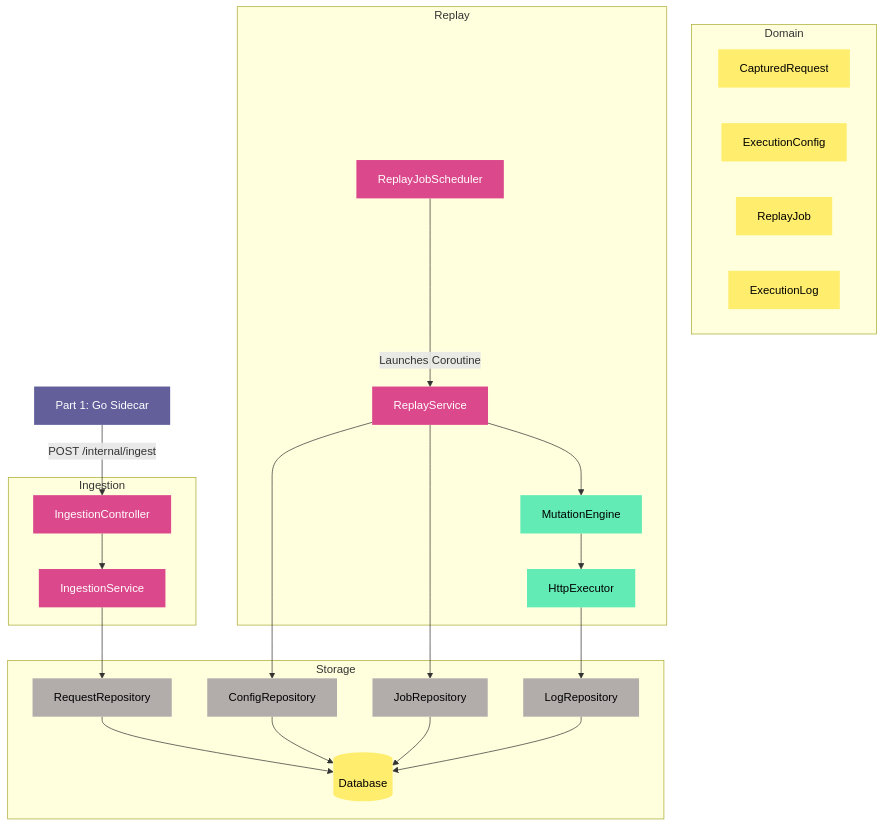
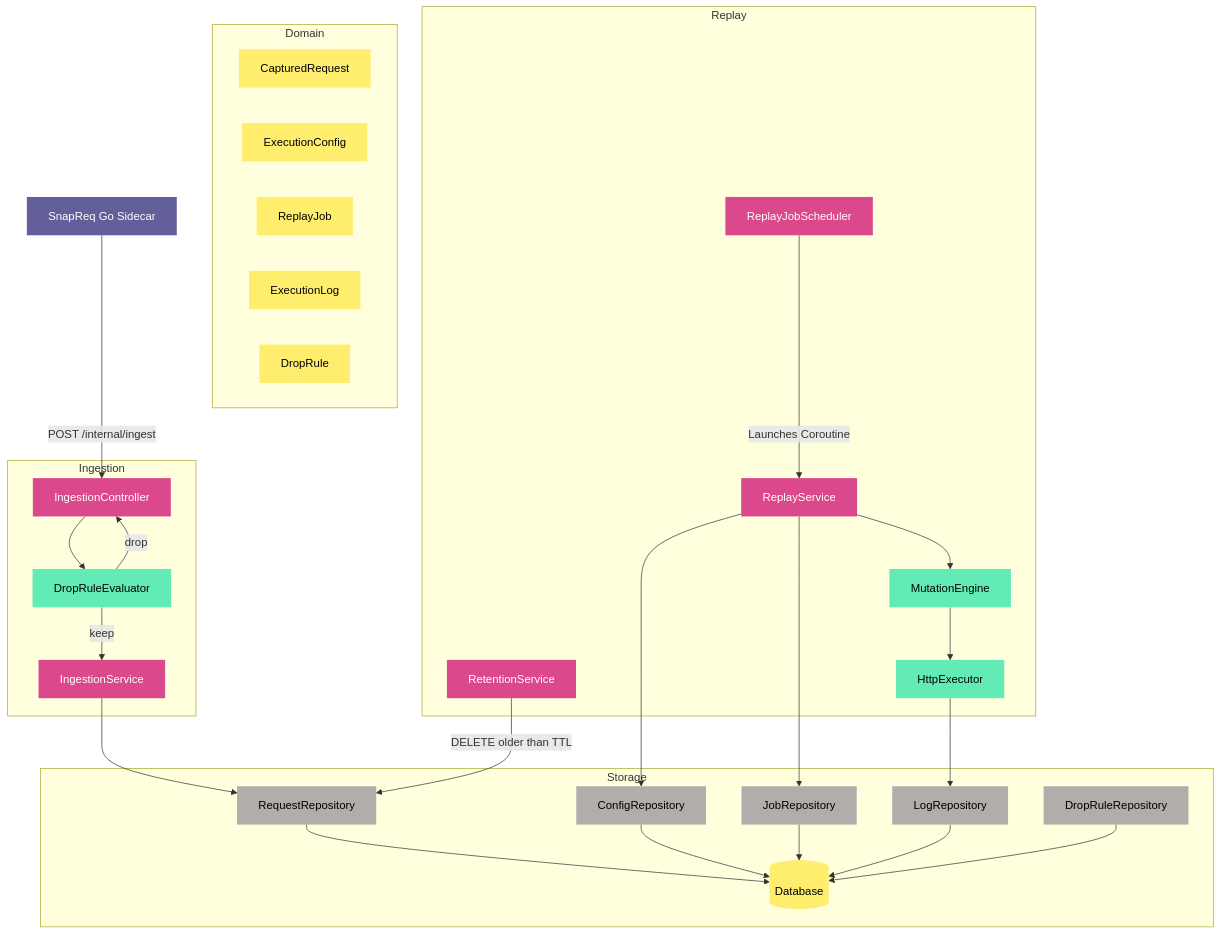
The diagram in Agent.md (th-lange/EchoChamber), drawn with Mermaid before and after one commit. The commit also changed other lines of this file and 3 other files, not shown here.

````diff
--- a/Agent.md
+++ b/Agent.md
@@ -187,64 +295,76 @@
 ```mermaid
 graph TD
-    Part1[Part 1: Go Sidecar]
+    SnapReq[SnapReq Go Sidecar]
 
     subgraph Ingestion
         IC[IngestionController]
+        DR[DropRuleEvaluator]
         IS[IngestionService]
     end
 
     subgraph Domain
         RR[CapturedRequest]
         EC[ExecutionConfig]
         RJ[ReplayJob]
         EL[ExecutionLog]
+        DRL[DropRule]
     end
 
     subgraph Replay
         RJS[ReplayJobScheduler]
         RS[ReplayService]
         ME[MutationEngine]
         HC[HttpExecutor]
+        RET[RetentionService]
     end
 
     subgraph Storage
         RA[RequestRepository]
         CA[ConfigRepository]
         JA[JobRepository]
         LA[LogRepository]
+        DRA[DropRuleRepository]
         DB[(Database)]
     end
 
-    Part1 -->|POST /internal/ingest| IC
-    IC --> IS
+    SnapReq -->|POST /internal/ingest| IC
+    IC --> DR
+    DR -->|drop| IC
+    DR -->|keep| IS
     IS --> RA
 
     RJS -->|Launches Coroutine| RS
     RS --> CA
     RS --> ME
     ME --> HC
     HC --> LA
     RS --> JA
+    RET -->|DELETE older than TTL| RA
 
     RA --> DB
     CA --> DB
     JA --> DB
     LA --> DB
+    DRA --> DB
 
-    style Part1 fill:#625F9B,stroke:none,color:#FFF
+    style SnapReq fill:#625F9B,stroke:none,color:#FFF
     style IC fill:#DB488B,stroke:none,color:#FFF
+    style DR fill:#63EBB6,stroke:none,color:#000
     style IS fill:#DB488B,stroke:none,color:#FFF
     style RS fill:#DB488B,stroke:none,color:#FFF
     style RJS fill:#DB488B,stroke:none,color:#FFF
+    style RET fill:#DB488B,stroke:none,color:#FFF
     style ME fill:#63EBB6,stroke:none,color:#000
     style HC fill:#63EBB6,stroke:none,color:#000
     style RR fill:#FFED6E,stroke:none,color:#000
     style EC fill:#FFED6E,stroke:none,color:#000
     style RJ fill:#FFED6E,stroke:none,color:#000
     style EL fill:#FFED6E,stroke:none,color:#000
+    style DRL fill:#FFED6E,stroke:none,color:#000
     style RA fill:#B2ACAB,stroke:none,color:#000
     style CA fill:#B2ACAB,stroke:none,color:#000
     style JA fill:#B2ACAB,stroke:none,color:#000
     style LA fill:#B2ACAB,stroke:none,color:#000
+    style DRA fill:#B2ACAB,stroke:none,color:#000
     style DB fill:#FFED6E,stroke:none,color:#000
 ```
````
